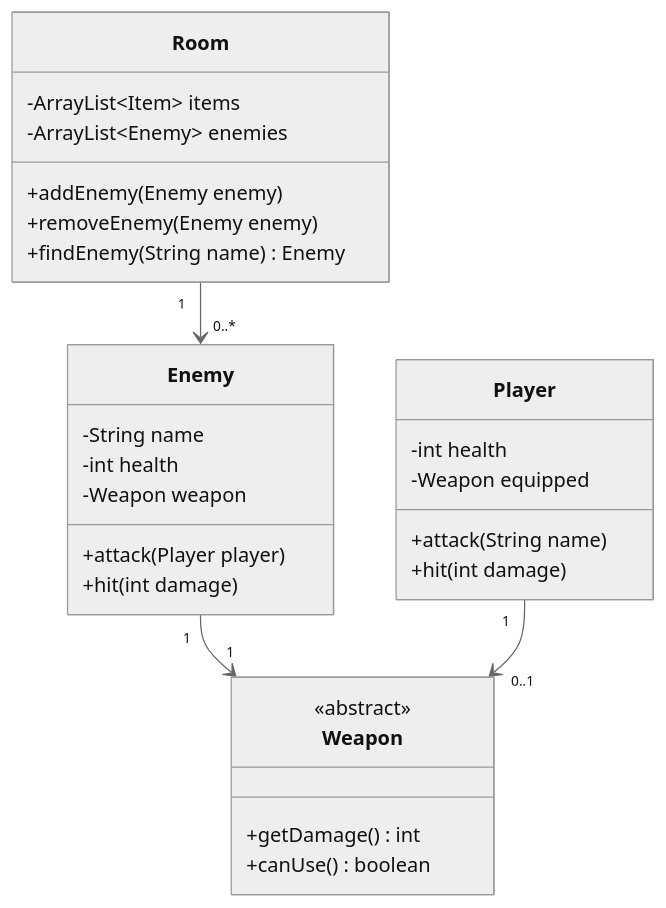
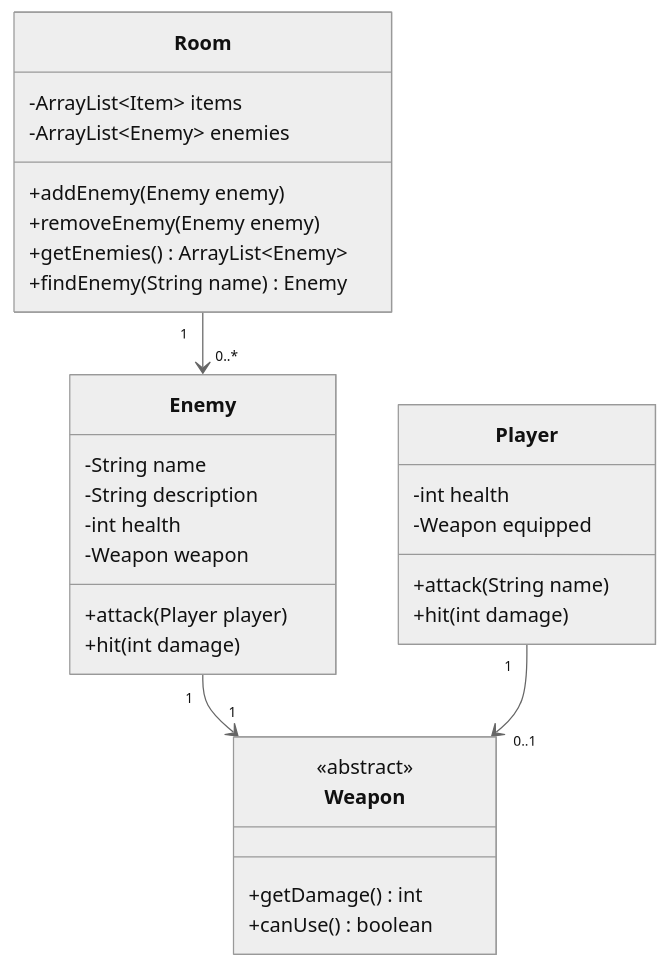
The diagram in 41/02_tir_2026-10-06/README.md (CheMical/DAT-GBG-DA-E26AB), drawn with Mermaid (neutral theme) before and after one commit. The commit also changed other lines of this file and 50 other files, not shown here.

````diff
--- a/41/02_tir_2026-10-06/README.md
+++ b/41/02_tir_2026-10-06/README.md
@@ -86,32 +86,34 @@
 ```mermaid
 classDiagram
     class Room {
         -ArrayList~Item~ items
         -ArrayList~Enemy~ enemies
         +addEnemy(Enemy enemy)
         +removeEnemy(Enemy enemy)
+        +getEnemies() ArrayList~Enemy~
         +findEnemy(String name) Enemy
     }
     class Player {
         -int health
         -Weapon equipped
         +attack(String name)
         +hit(int damage)
     }
     class Enemy {
         -String name
+        -String description
         -int health
         -Weapon weapon
         +attack(Player player)
         +hit(int damage)
     }
     class Weapon {
         <<abstract>>
         +getDamage() int
         +canUse() boolean
     }
 
     Room "1" --> "0..*" Enemy
     Enemy "1" --> "1" Weapon
     Player "1" --> "0..1" Weapon
 ```
````
